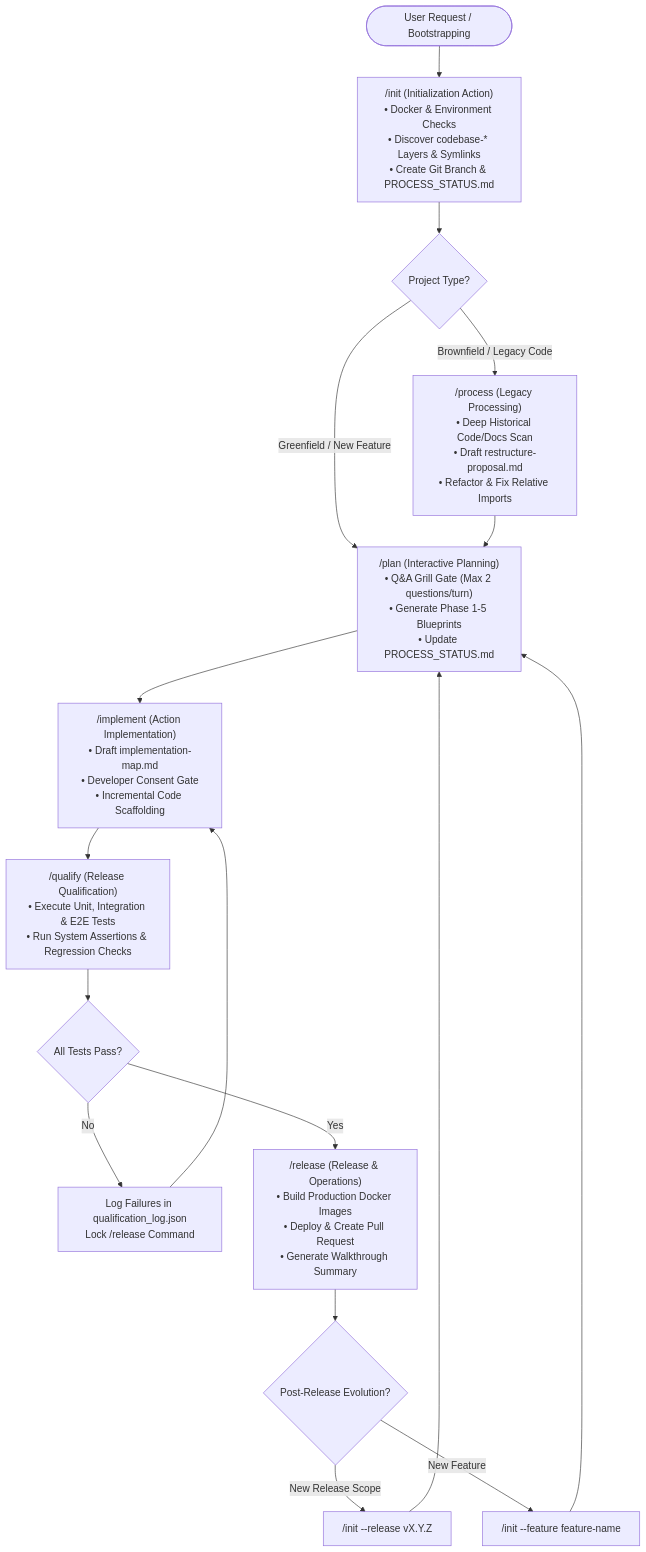
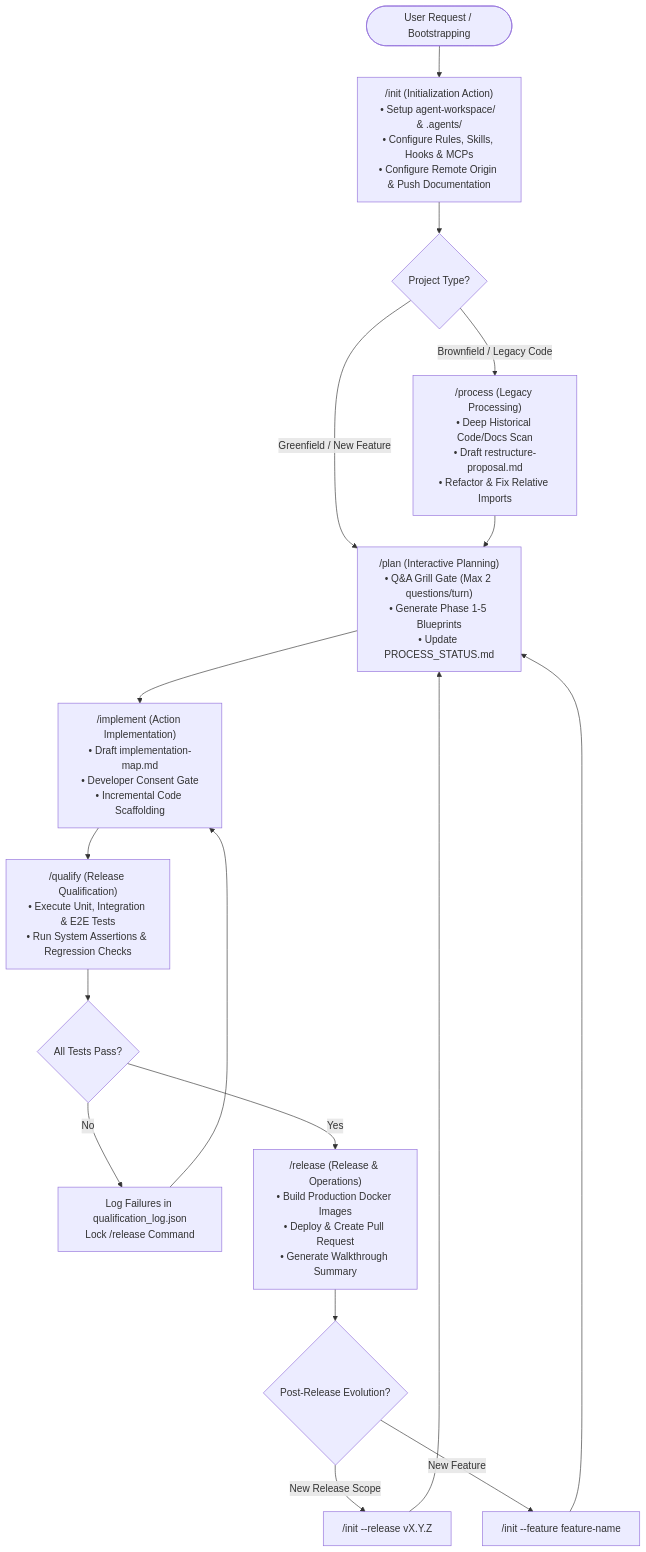
The diagram in actions/summary.md (hrvthgergo/agent-driven-templates), drawn with Mermaid before and after one commit. The commit also changed other lines of this file and 14 other files, not shown here.

First line of the commit message:
feat(init): decouple docker and software layers to pure control plane scaffolding

````diff
--- a/actions/summary.md
+++ b/actions/summary.md
@@ -111,24 +111,24 @@
 ```mermaid
 graph TD
-    Start([User Request / Bootstrapping]) --> Init["/init (Initialization Action)<br/>• Docker & Environment Checks<br/>• Discover codebase-* Layers & Symlinks<br/>• Create Git Branch & PROCESS_STATUS.md"]
+    Start([User Request / Bootstrapping]) --> Init["/init (Initialization Action)<br/>• Setup agent-workspace/ & .agents/<br/>• Configure Rules, Skills, Hooks & MCPs<br/>• Configure Remote Origin & Push Documentation"]
     
     Init --> CheckType{Project Type?}
     
     CheckType -->|Brownfield / Legacy Code| ProcHist["/process (Legacy Processing)<br/>• Deep Historical Code/Docs Scan<br/>• Draft restructure-proposal.md<br/>• Refactor & Fix Relative Imports"]
     CheckType -->|Greenfield / New Feature| Plan["/plan (Interactive Planning)<br/>• Q&A Grill Gate (Max 2 questions/turn)<br/>• Generate Phase 1-5 Blueprints<br/>• Update PROCESS_STATUS.md"]
     
     ProcHist --> Plan
     
     Plan --> Implement["/implement (Action Implementation)<br/>• Draft implementation-map.md<br/>• Developer Consent Gate<br/>• Incremental Code Scaffolding"]
     
     Implement --> Qualify["/qualify (Release Qualification)<br/>• Execute Unit, Integration & E2E Tests<br/>• Run System Assertions & Regression Checks"]
     
     Qualify --> TestCheck{All Tests Pass?}
     
     TestCheck -->|No| Fix["Log Failures in qualification_log.json<br/>Lock /release Command"] --> Implement
     TestCheck -->|Yes| Release["/release (Release & Operations)<br/>• Build Production Docker Images<br/>• Deploy & Create Pull Request<br/>• Generate Walkthrough Summary"]
     
     Release --> Evolve{Post-Release Evolution?}
     Evolve -->|New Release Scope| InitRel["/init --release vX.Y.Z"] --> Plan
     Evolve -->|New Feature| InitFeat["/init --feature feature-name"] --> Plan
 ```
````
